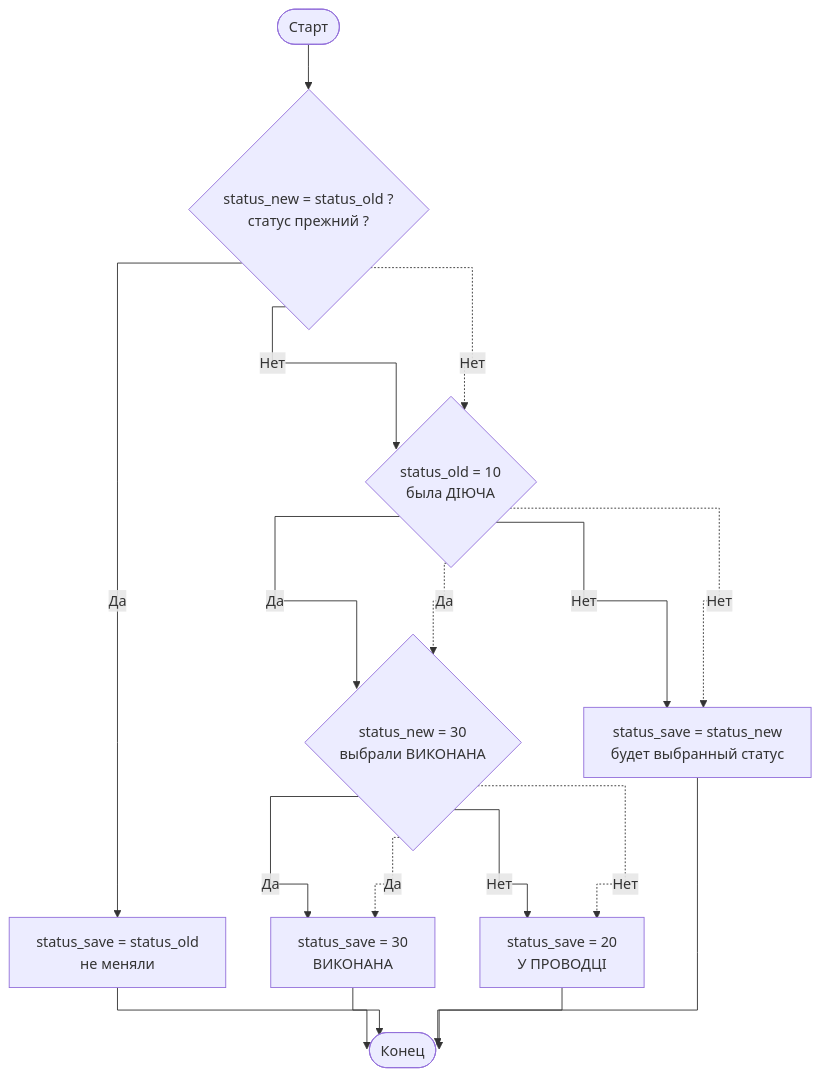
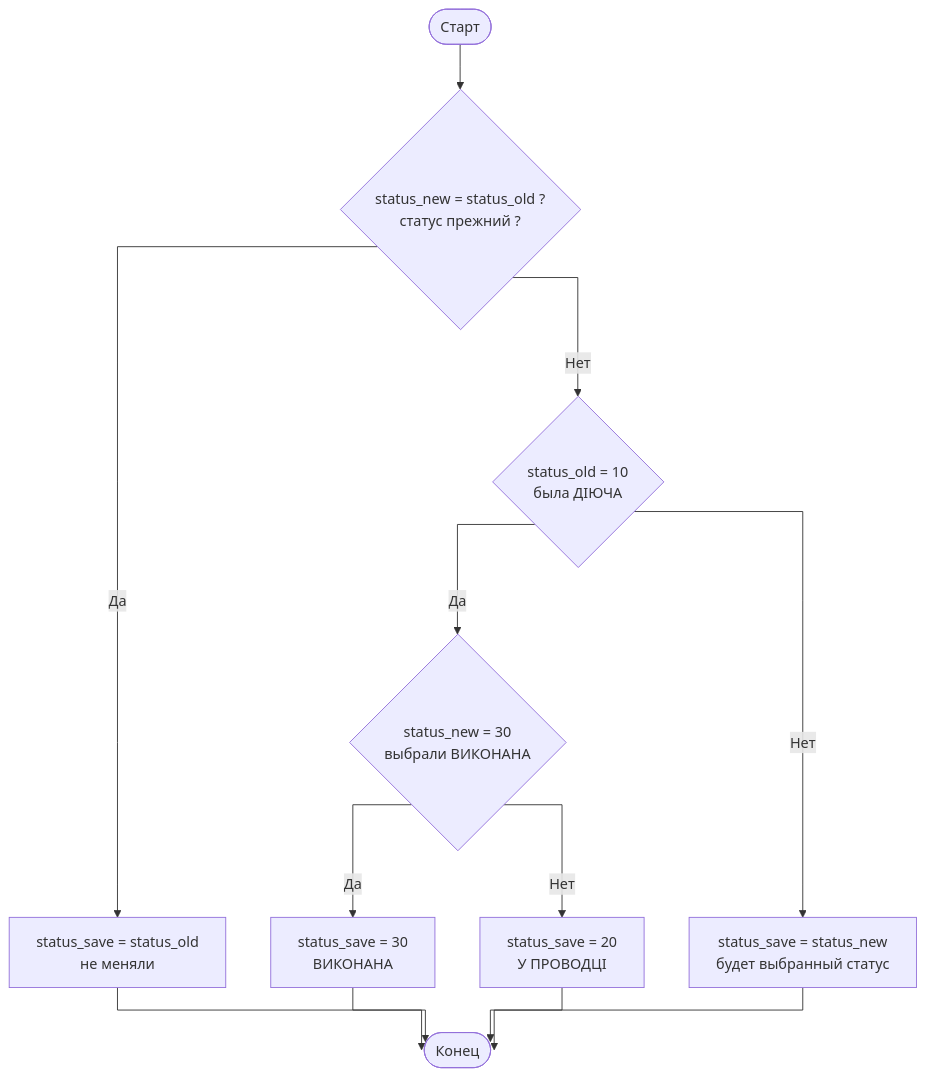
The diagram in docs/ilk_001_main.md (vvxsoni/Danube_help), drawn with Mermaid before and after one commit.

Commit message:
линии

````diff
--- a/docs/ilk_001_main.md
+++ b/docs/ilk_001_main.md
@@ -75,17 +75,11 @@
 ```mermaid 
 %%{init: {'flowchart': {'htmlLabels': true, 'curve': 'stepAfter'}}}%%
 flowchart TB
   A([Старт]) --> B{status_new = status_old ?<br/>статус прежний ?}
   B -- Да --> C[status_save = status_old<br/>не меняли] --> Z([Конец])
   B -- Нет --> D{status_old = 10<br/>была ДІЮЧА}
   D -- Да --> E{status_new = 30<br/>выбрали ВИКОНАНА}
   E -- Да --> F[status_save = 30<br/>ВИКОНАНА] --> Z
   E -- Нет --> G[status_save = 20<br/>У ПРОВОДЦІ] --> Z
   D -- Нет --> H[status_save = status_new<br/>будет выбранный статус] --> Z
-%% Чтобы стрелки выглядели как из углов ромба
-  B -.->|Нет| D
-  D -.->|Нет| H
-  D -.->|Да| E
-  E -.->|Нет| G
-  E -.->|Да| F
 ```
````
